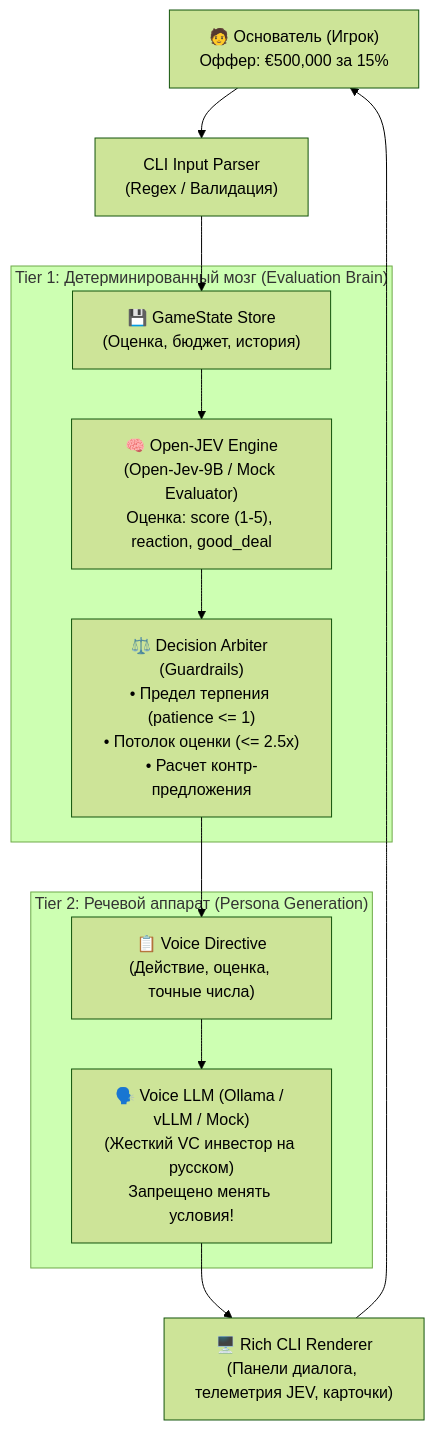
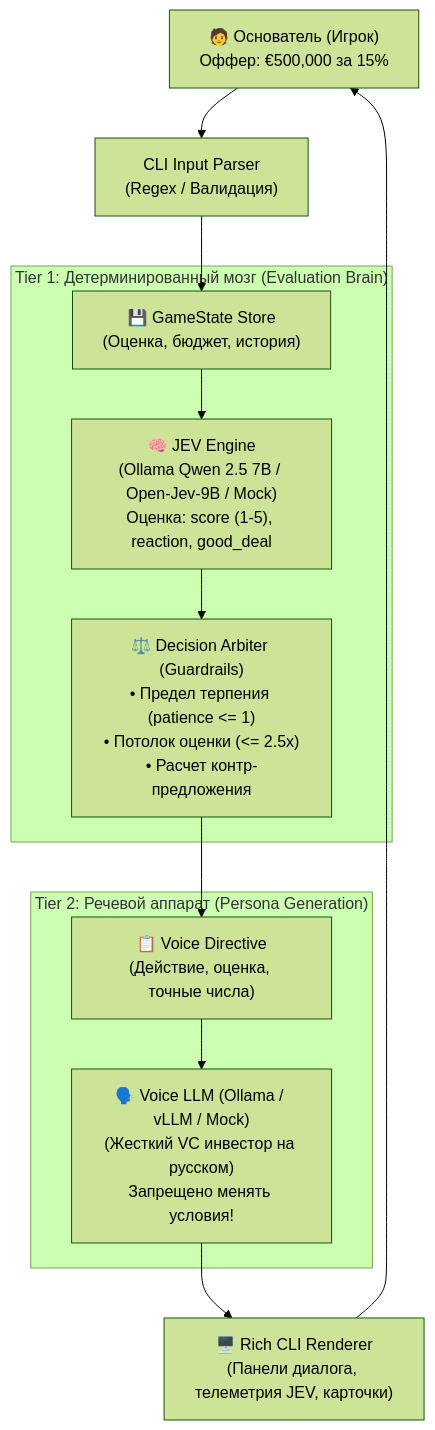
Before and after one commit to skvertl/open-jev-negotiator: the diagram in README.md, drawn with Mermaid (forest theme). The commit also changed other lines of this file and 7 other files, not shown here.

Commit message:
feat(engine): integrate real AI backend with Ollama Qwen 2.5 7B and Open-Jev HTTP support

````diff
--- a/README.md
+++ b/README.md
@@ -31,19 +31,19 @@
 ```mermaid
 flowchart TD
     Founder["🧑 Основатель (Игрок)\nОффер: €500,000 за 15%"] --> Parser["CLI Input Parser\n(Regex / Валидация)"]
     Parser --> GameState["💾 GameState Store\n(Оценка, бюджет, история)"]
     
     subgraph Tier1 ["Tier 1: Детерминированный мозг (Evaluation Brain)"]
-        GameState --> Jev["🧠 Open-JEV Engine\n(Open-Jev-9B / Mock Evaluator)\nОценка: score (1-5), reaction, good_deal"]
+        GameState --> Jev["🧠 JEV Engine\n(Ollama Qwen 2.5 7B / Open-Jev-9B / Mock)\nОценка: score (1-5), reaction, good_deal"]
         Jev --> Arbiter["⚖️ Decision Arbiter (Guardrails)\n• Предел терпения (patience <= 1)\n• Потолок оценки (<= 2.5x)\n• Расчет контр-предложения"]
     end
     
     Arbiter --> Directive["📋 Voice Directive\n(Действие, оценка, точные числа)"]
     
     subgraph Tier2 ["Tier 2: Речевой аппарат (Persona Generation)"]
         Directive --> VoiceLLM["🗣️ Voice LLM (Ollama / vLLM / Mock)\n(Жесткий VC инвестор на русском)\nЗапрещено менять условия!"]
     end
     
     VoiceLLM --> UI["🖥️ Rich CLI Renderer\n(Панели диалога, телеметрия JEV, карточки)"]
     UI --> Founder
 ```
````
